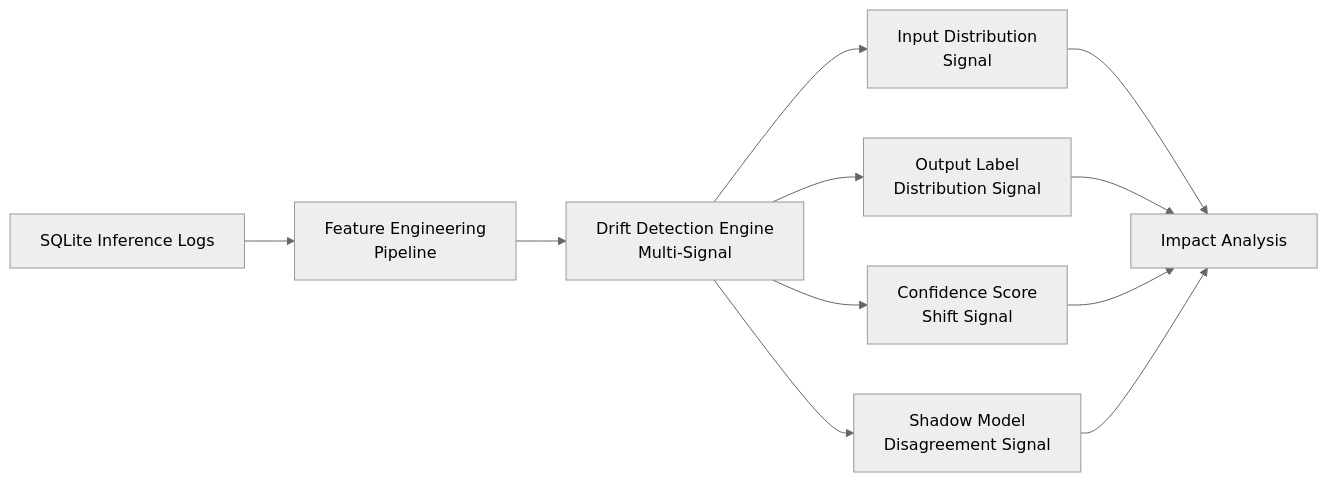
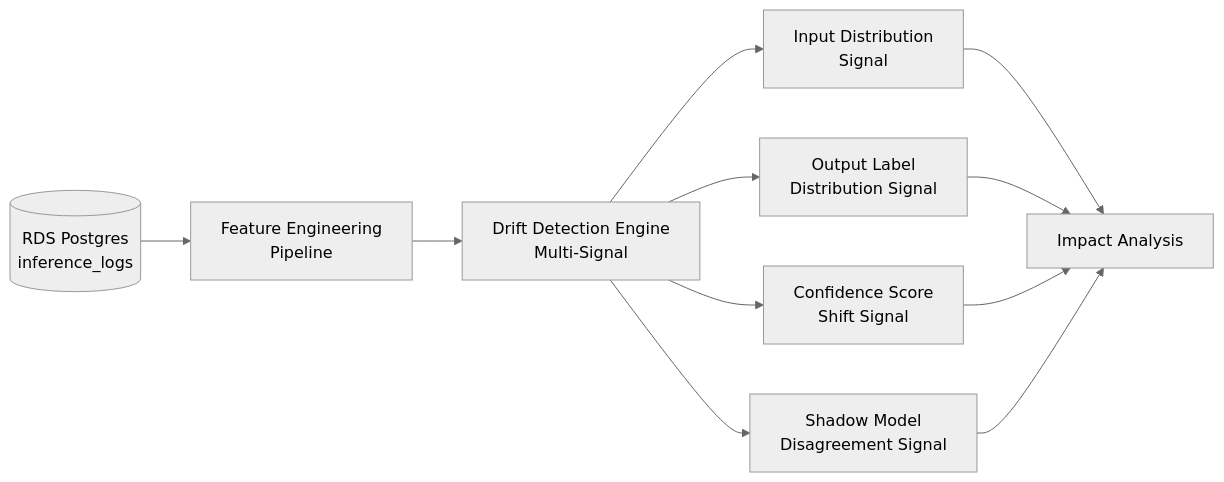
Before and after one commit to sharjeel6392/asie: the fourth of 7 diagrams in README.md, drawn with Mermaid. The commit also changed other lines of this file and 1 other file, not shown here.

````diff
--- a/README.md
+++ b/README.md
@@ -185,14 +188,14 @@
 ```mermaid
 %%{init: {'theme': 'neutral'}}%%
 flowchart LR
-    SQLiteLogs[SQLite Inference Logs] --> FeatureEngineering[Feature Engineering<br/>Pipeline]
+    InferenceLogs[(RDS Postgres<br/>inference_logs)] --> FeatureEngineering[Feature Engineering<br/>Pipeline]
     FeatureEngineering --> DriftEngine[Drift Detection Engine<br/>Multi-Signal]
     DriftEngine --> InputDrift[Input Distribution<br/>Signal]
     DriftEngine --> OutputDrift[Output Label<br/>Distribution Signal]
     DriftEngine --> ConfidenceDrift[Confidence Score<br/>Shift Signal]
     DriftEngine --> ShadowDrift[Shadow Model<br/>Disagreement Signal]
     InputDrift --> ImpactAnalysis[Impact Analysis]
     OutputDrift --> ImpactAnalysis
     ConfidenceDrift --> ImpactAnalysis
     ShadowDrift --> ImpactAnalysis
 ```
````
